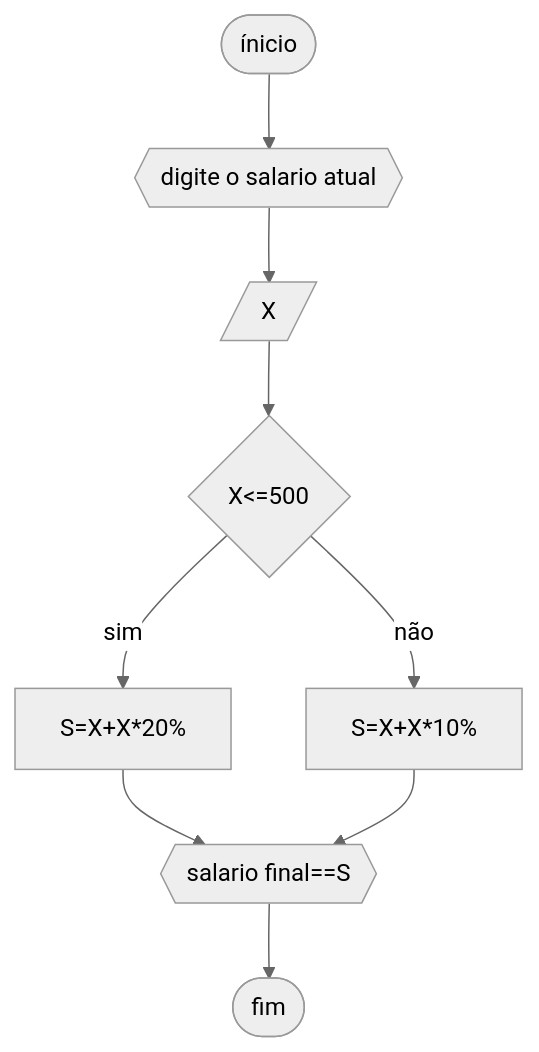
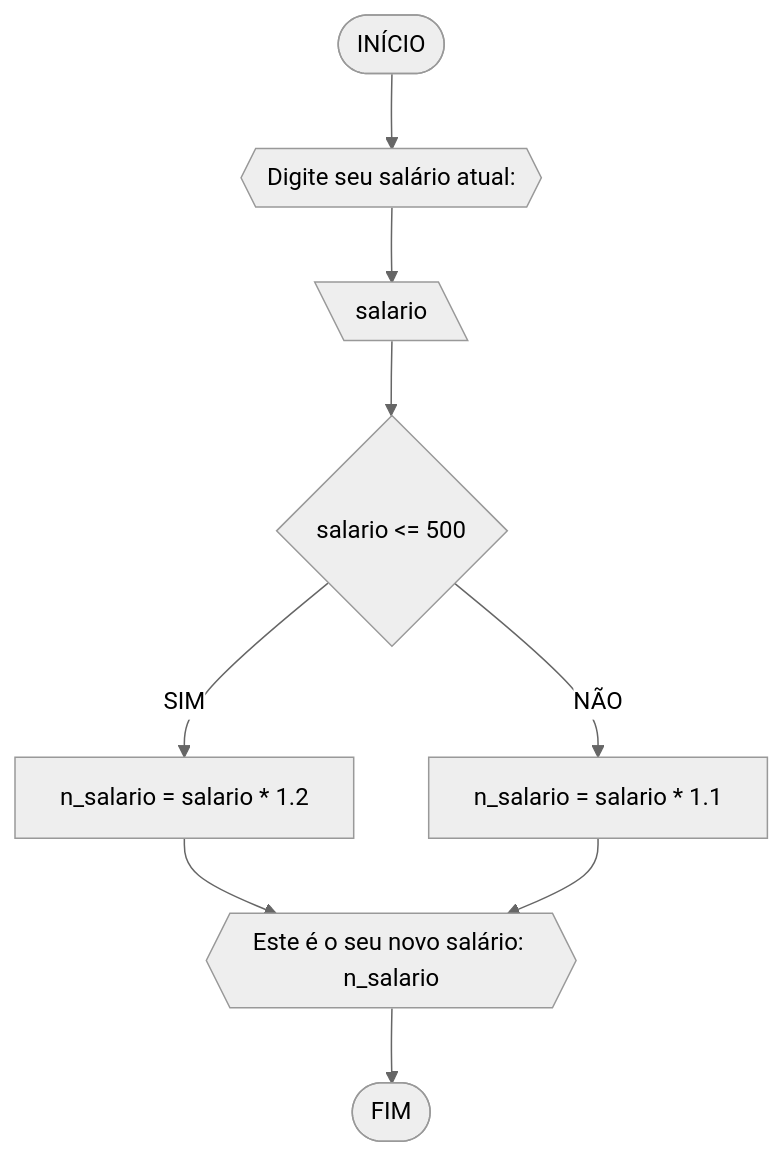
The second of 4 diagrams in RLA /AD1/lista_1.md (Danil0Ribeir0/UNIFOR), drawn with Mermaid (neutral theme) before and after one commit. The commit also changed other lines of this file, not shown here.

````diff
--- a/RLA /AD1/lista_1.md
+++ b/RLA /AD1/lista_1.md
@@ -53,11 +53,11 @@
 ```mermaid
 flowchart TD
-A([ínicio])-->B{{"digite o salario atual"}}
-B-->C[/X/]
-C-->D{X<=500}
-D--sim-->E[S=X+X*20%]
-D--não -->F[S=X+X*10%]
-E-->G{{salario final==S}}
-F-->G
-G-->H([fim])
+A([INÍCIO]) --> B{{"Digite seu salário atual":}}
+B --> C[\salario\]
+C --> D{salario <= 500}
+D --SIM--> E[n_salario = salario * 1.2]
+D --NÃO--> F[n_salario = salario * 1.1]
+E --> G{{"Este é o seu novo salário:" n_salario}}
+F --> G
+G --> Z([FIM])
 ```
````
